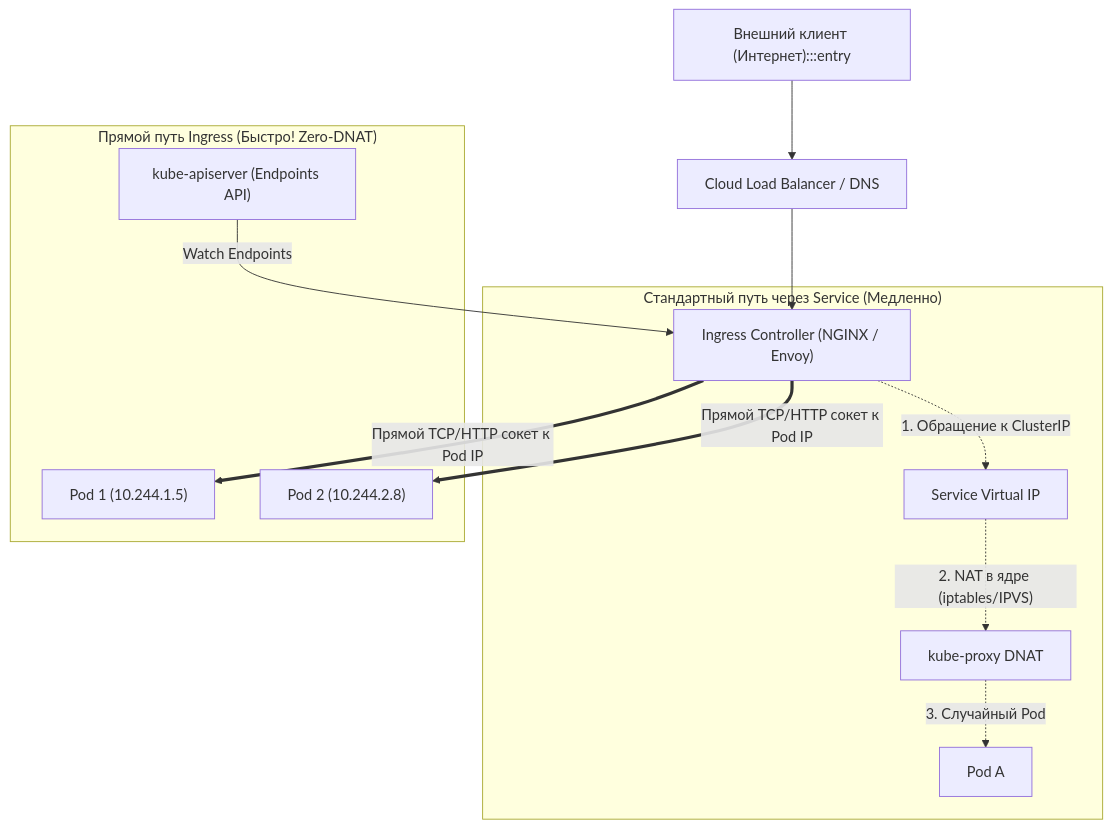
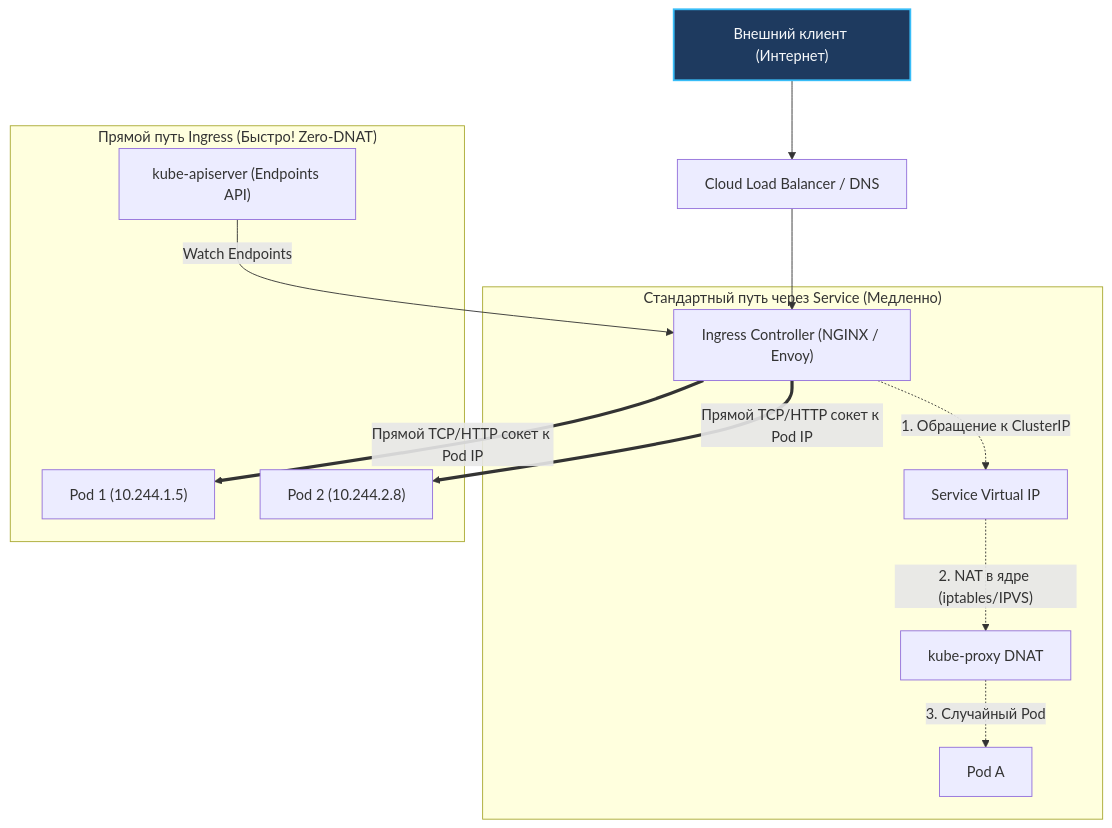
The third of 5 diagrams in sources/14. Распределенные системы на Go/07. Kubernetes и деплой/8. Kubernetes networking.md (UnrealTemplier/go-textbook-ru), drawn with Mermaid before and after one commit. The commit also changed 166 other files, not shown here.

First line of the commit message:
fix(mermaid): move :::class out of quoted node labels

````diff
--- a/sources/14. Распределенные системы на Go/07. Kubernetes и деплой/8. Kubernetes networking.md
+++ b/sources/14. Распределенные системы на Go/07. Kubernetes и деплой/8. Kubernetes networking.md
@@ -124,27 +124,27 @@
 ```mermaid
 flowchart TD
     classDef process  fill:#1e293b,stroke:#38bdf8,stroke-width:1px,color:#f8fafc
     classDef success  fill:#064e3b,stroke:#34d399,stroke-width:1px,color:#f8fafc
     classDef error    fill:#7f1d1d,stroke:#f87171,stroke-width:1px,color:#f8fafc
     classDef warning  fill:#78350f,stroke:#fbbf24,stroke-width:1px,color:#f8fafc
     classDef entry    fill:#1e3a5f,stroke:#38bdf8,stroke-width:2px,color:#f8fafc
     classDef aux      fill:#334155,stroke:#64748b,stroke-width:1px,color:#f8fafc
     classDef system   fill:#312e81,stroke:#a78bfa,stroke-width:1px,color:#f8fafc
     classDef data     fill:#132d29,stroke:#2dd4bf,stroke-width:1px,color:#f8fafc
     classDef network  fill:#881337,stroke:#fb7185,stroke-width:1px,color:#f8fafc
     classDef accent   fill:#1e1b4b,stroke:#818cf8,stroke-width:1px,color:#f8fafc
-    Client["Внешний клиент (Интернет):::entry"] --> CloudLB["Cloud Load Balancer / DNS"]
+    Client["Внешний клиент (Интернет)"]:::entry --> CloudLB["Cloud Load Balancer / DNS"]
     CloudLB --> Ingress["Ingress Controller (NGINX / Envoy)"]
 
     subgraph StandardWay["Стандартный путь через Service (Медленно)"]
         Ingress -.->|"1. Обращение к ClusterIP"| Service["Service Virtual IP"]
         Service -.->|"2. NAT в ядре (iptables/IPVS)"| KubeProxy["kube-proxy DNAT"]
         KubeProxy -.->|"3. Случайный Pod"| PodA["Pod A"]
     end
 
     subgraph IngressDirect["Прямой путь Ingress (Быстро! Zero-DNAT)"]
         API["kube-apiserver (Endpoints API)"] -->|"Watch Endpoints"| Ingress
         Ingress ==>|"Прямой TCP/HTTP сокет к Pod IP"| Pod1["Pod 1 (10.244.1.5)"]
         Ingress ==>|"Прямой TCP/HTTP сокет к Pod IP"| Pod2["Pod 2 (10.244.2.8)"]
     end
 ```
````
